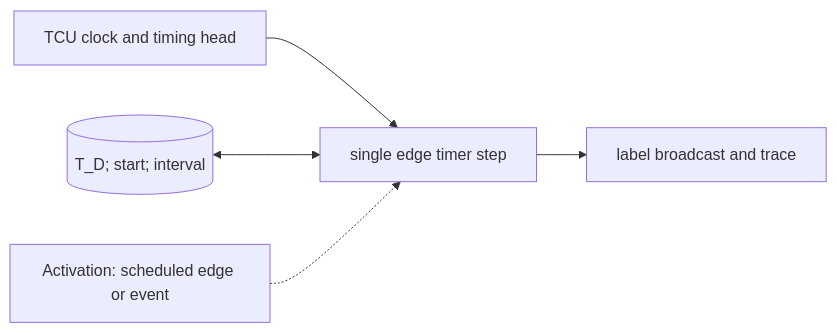
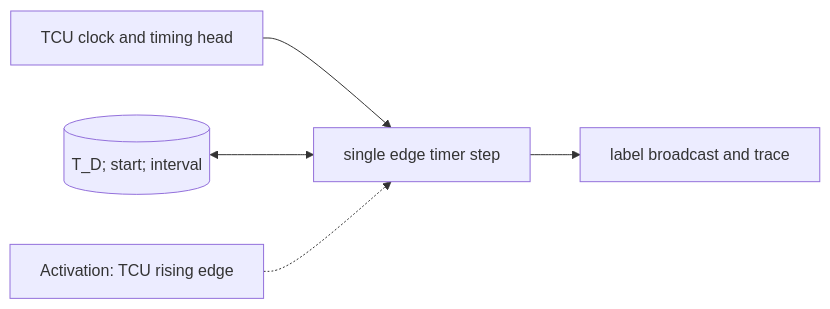
Before and after one commit to qsbit-org/qsbit-sim: the diagram in docs/modules/tcu-timer-and-label-broadcaster.md, drawn with Mermaid. The commit also changed other lines of this file and 24 other files, not shown here.

````diff
--- a/docs/modules/tcu-timer-and-label-broadcaster.md
+++ b/docs/modules/tcu-timer-and-label-broadcaster.md
@@ -17,7 +17,7 @@
 ```mermaid
 flowchart LR
     U["TCU clock and timing head"] --> P["single edge timer step"]
     S[("T_D; start; interval")] <--> P
     P --> D["label broadcast and trace"]
-    K["Activation: scheduled edge or event"] -.-> P
+    K["Activation: TCU rising edge"] -.-> P
 ```
````
